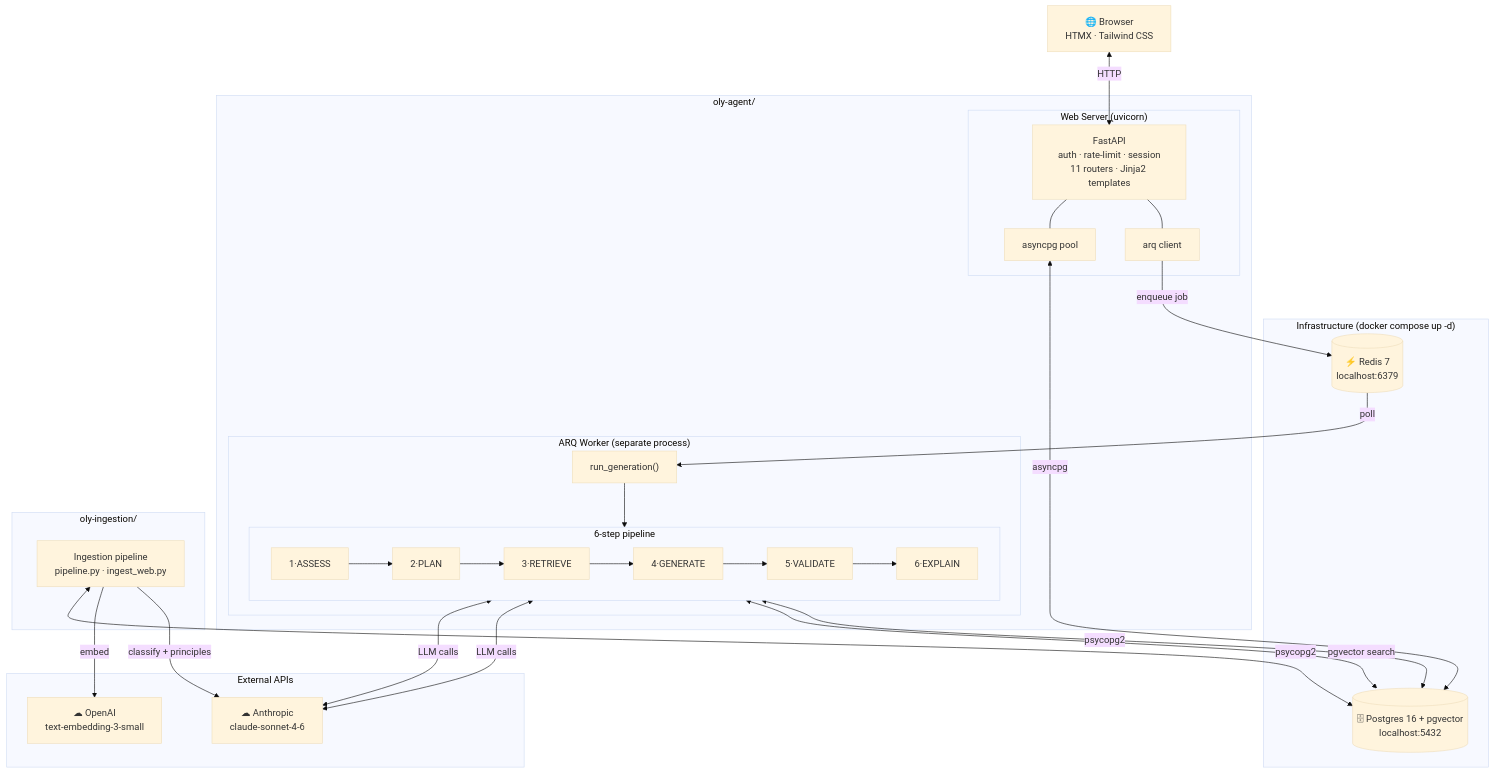
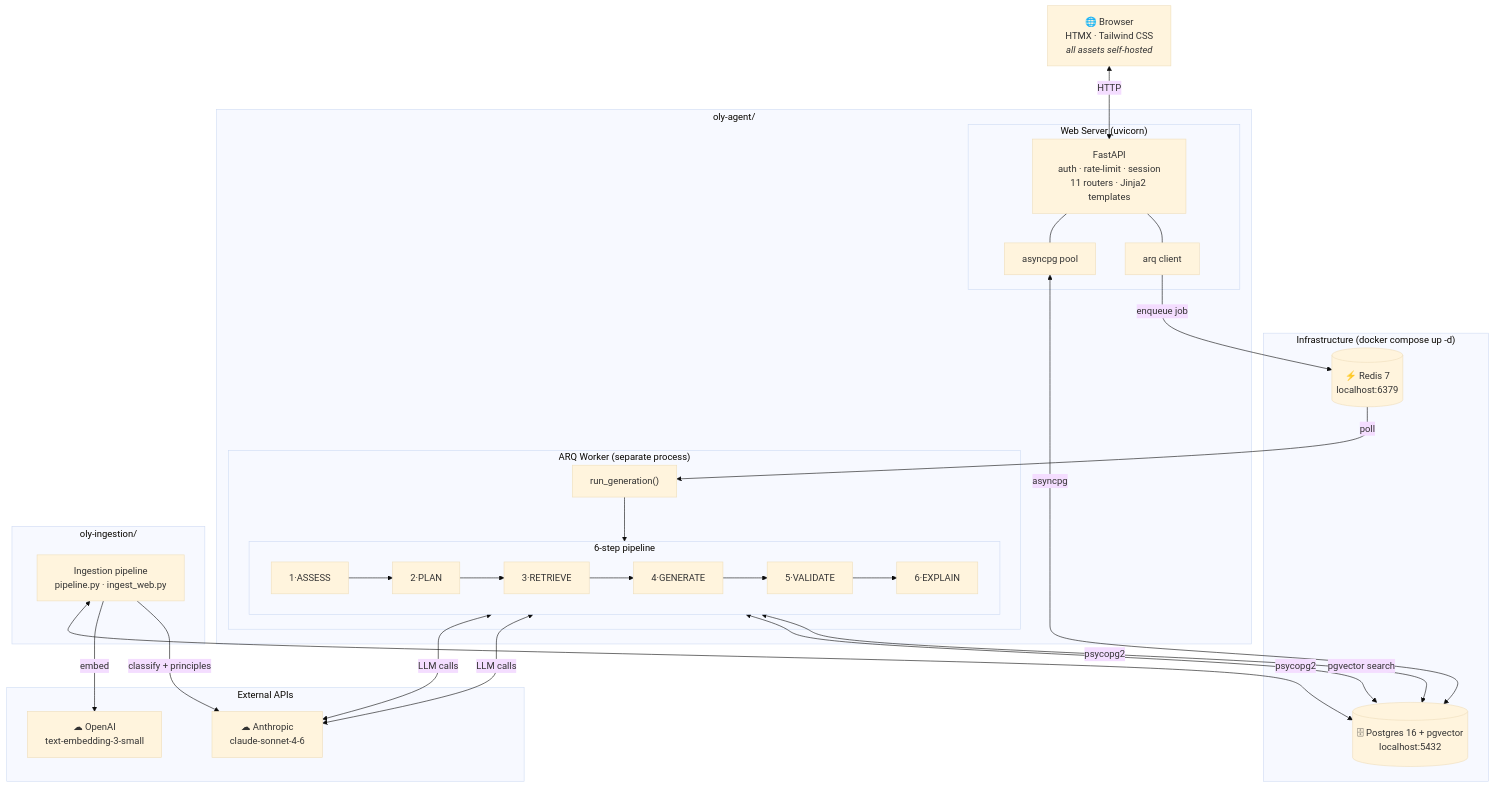
One commit to dcmshi/oly-program-generator changed the first of 4 diagrams in ARCHITECTURE.md. Above: the diagram before and after it, drawn with Mermaid (base theme). The commit also changed other lines of this file and 6 other files, not shown here.

````diff
--- a/ARCHITECTURE.md
+++ b/ARCHITECTURE.md
@@ -5,49 +5,49 @@
 ```mermaid
 flowchart TB
-    Browser["🌐 Browser<br/>HTMX · Tailwind CSS"]
+    Browser["🌐 Browser<br/>HTMX · Tailwind CSS<br/><i>all assets self-hosted</i>"]
 
     subgraph infra["Infrastructure  (docker compose up -d)"]
         PG[("🗄 Postgres 16 + pgvector<br/>localhost:5432")]
         RD[("⚡ Redis 7<br/>localhost:6379")]
     end
 
     subgraph agent["oly-agent/"]
         subgraph web["Web Server  (uvicorn)"]
             App["FastAPI<br/>auth · rate-limit · session<br/>11 routers · Jinja2 templates"]
             APool["asyncpg pool"]
             AQueue["arq client"]
         end
 
         subgraph worker["ARQ Worker  (separate process)"]
             WFn["run_generation()"]
             subgraph pipe["6-step pipeline"]
                 direction LR
                 S1["1·ASSESS"] --> S2["2·PLAN"] --> S3["3·RETRIEVE"]
                 S3 --> S4["4·GENERATE"] --> S5["5·VALIDATE"] --> S6["6·EXPLAIN"]
             end
         end
     end
 
     subgraph ingestion["oly-ingestion/"]
         Ing["Ingestion pipeline<br/>pipeline.py · ingest_web.py"]
     end
 
     subgraph ext["External APIs"]
         Anthropic["☁ Anthropic<br/>claude-sonnet-4-6"]
         OpenAI["☁ OpenAI<br/>text-embedding-3-small"]
     end
 
     Browser <-->|HTTP| App
     App --- APool & AQueue
     APool <-->|asyncpg| PG
     AQueue -->|enqueue job| RD
     RD -->|poll| WFn
     WFn --> pipe
     pipe <-->|psycopg2| PG
     S4 & S6 <-->|LLM calls| Anthropic
     S3 <-->|pgvector search| PG
 
     Ing <-->|psycopg2| PG
     Ing -->|embed| OpenAI
     Ing -->|classify + principles| Anthropic
 ```
````
